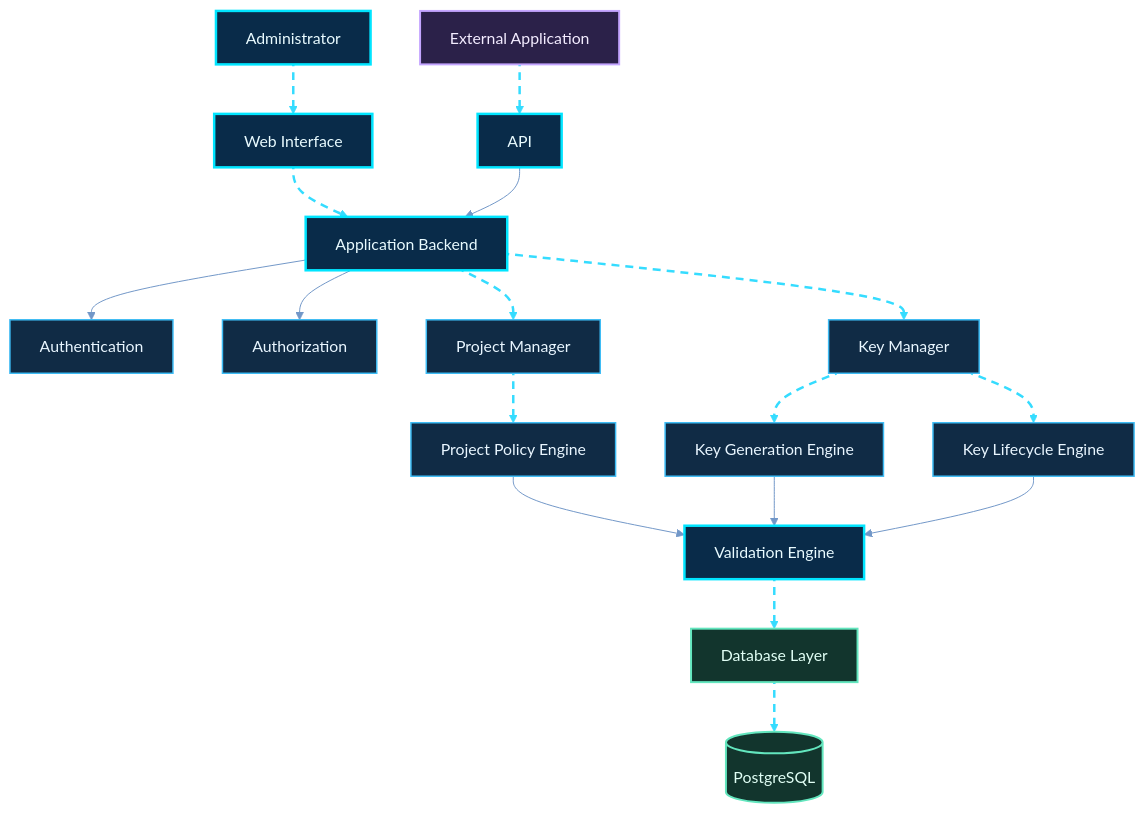
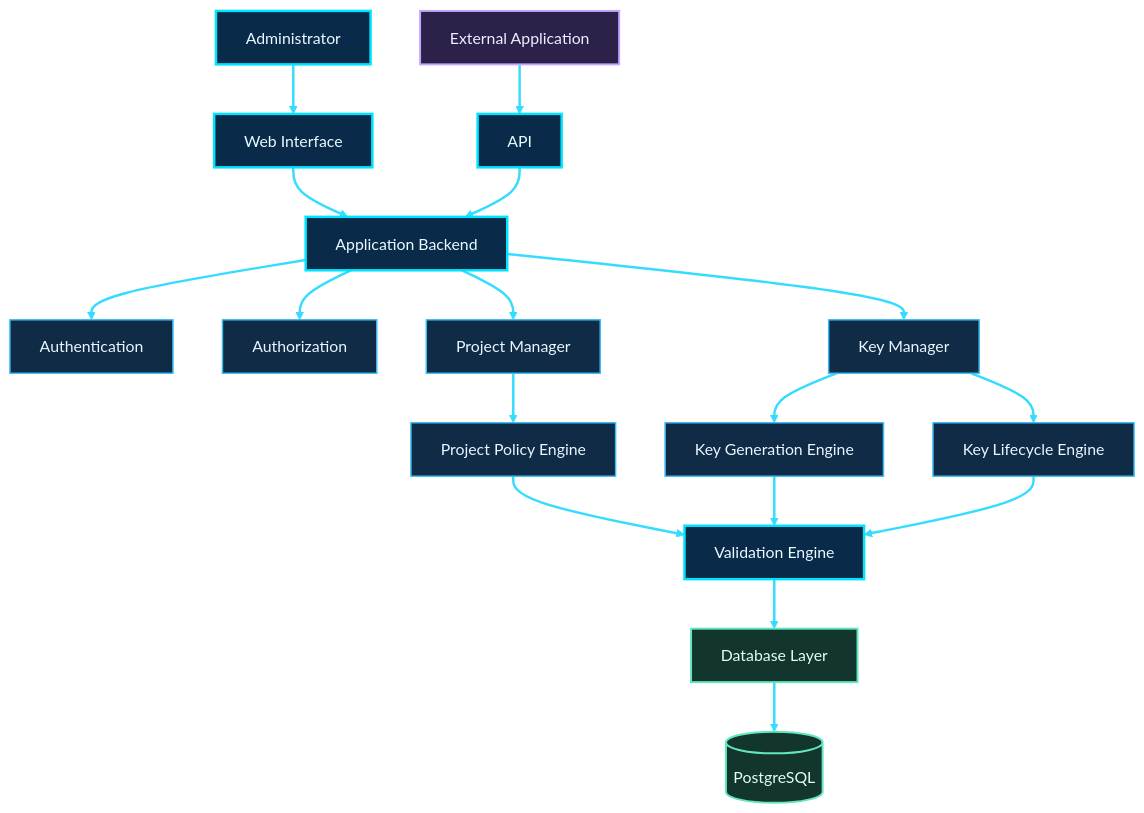
One commit to shajeduzzamanenan992008inc/NexOra-Database-key-Gen changed the fourth of 23 diagrams in README.md. Above: the diagram before and after it, drawn with Mermaid. The commit also changed other lines of this file, not shown here.

````diff
--- a/README.md
+++ b/README.md
@@ -535,45 +532,44 @@
 ```mermaid
 %%{init: {"theme":"base","themeVariables":{"darkMode":true,"background":"#07111f","primaryColor":"#102744","primaryTextColor":"#e8f7ff","primaryBorderColor":"#00d9ff","lineColor":"#7297c8","secondaryColor":"#261d45","secondaryTextColor":"#f3eaff","secondaryBorderColor":"#a78bfa","tertiaryColor":"#12332b","tertiaryTextColor":"#e0fff1","tertiaryBorderColor":"#41e6a2","fontFamily":"Inter, Segoe UI, sans-serif","edgeLabelBackground":"#101d34","mainBkg":"#102744","nodeBorder":"#00d9ff","clusterBkg":"#0b1930","clusterBorder":"#6f7dff","actorBkg":"#102744","actorBorder":"#00d9ff","actorTextColor":"#e8f7ff","signalColor":"#64d8ff","signalTextColor":"#e8f7ff","noteBkgColor":"#0e332b","noteBorderColor":"#41e6a2","noteTextColor":"#e0fff1"}}}%%
 flowchart TD
-    A["Administrator"] nx04e01@--> B["Web Interface"]
-    B nx04e02@--> C["Application Backend"]
+    A["Administrator"] --> B["Web Interface"]
+    B --> C["Application Backend"]
 
     C --> D["Authentication"]
     C --> E["Authorization"]
-    C nx04e03@--> F["Project Manager"]
-    C nx04e04@--> G["Key Manager"]
+    C --> F["Project Manager"]
+    C --> G["Key Manager"]
 
-    F nx04e05@--> H["Project Policy Engine"]
-    G nx04e06@--> I["Key Generation Engine"]
-    G nx04e07@--> J["Key Lifecycle Engine"]
+    F --> H["Project Policy Engine"]
+    G --> I["Key Generation Engine"]
+    G --> J["Key Lifecycle Engine"]
 
     H --> K["Validation Engine"]
     I --> K
     J --> K
 
-    K nx04e08@--> L["Database Layer"]
+    K --> L["Database Layer"]
 
-    M["External Application"] nx04e10@--> N["API"]
+    M["External Application"] --> N["API"]
     N --> C
 
-    L nx04e09@--> O[("PostgreSQL")]
+    L --> O[("PostgreSQL")]
 
-    %% OMEGA NEX-ORA visual classes
     %% OMEGA NEX-ORA / ULTRA NEON PALETTE
     classDef nxCore fill:#092b49,stroke:#00e5ff,stroke-width:2.5px,color:#e9fbff;
     classDef nxProcess fill:#102b45,stroke:#3dbcf5,stroke-width:1.5px,color:#e9f6ff;
     classDef nxDecision fill:#2b2050,stroke:#b38cff,stroke-width:2px,color:#f3edff;
     classDef nxSuccess fill:#0d3b2c,stroke:#3fffa0,stroke-width:2px,color:#e0fff0;
     classDef nxDanger fill:#451d30,stroke:#ff6688,stroke-width:2px,color:#fff0f3;
     classDef nxData fill:#12352d,stroke:#63e6be,stroke-width:2px,color:#e1fff5;
     classDef nxExternal fill:#2b2149,stroke:#c4a5ff,stroke-width:2px,color:#f3ecff;
     classDef nxInfo fill:#17253e,stroke:#91a7c9,stroke-width:1.5px,color:#e5efff;
     classDef nxWarning fill:#453116,stroke:#fbbf24,stroke-width:2px,color:#fff6d6;
-    %% Moving dashed route: Mermaid applies this class to explicitly identified edges.
-    classDef nxAnimated stroke:#35dcff,stroke-width:2.5px,stroke-dasharray:8\,6,stroke-dashoffset:1000,animation:dash 24s linear infinite;
     class A,B,C,K,N nxCore;
     class D,E,F,G,H,I,J nxProcess;
     class L,O nxData;
     class M nxExternal;
-    class nx04e01,nx04e02,nx04e03,nx04e04,nx04e05,nx04e06,nx04e07,nx04e08,nx04e09,nx04e10 nxAnimated;
+
+    %% Animated primary paths using Mermaid linkStyle (no edge-ID parser required)
+    linkStyle default stroke:#35dcff,stroke-width:2.5px,stroke-dasharray:8\,6,stroke-dashoffset:1000,animation:dash 24s linear infinite;
 ```
````
